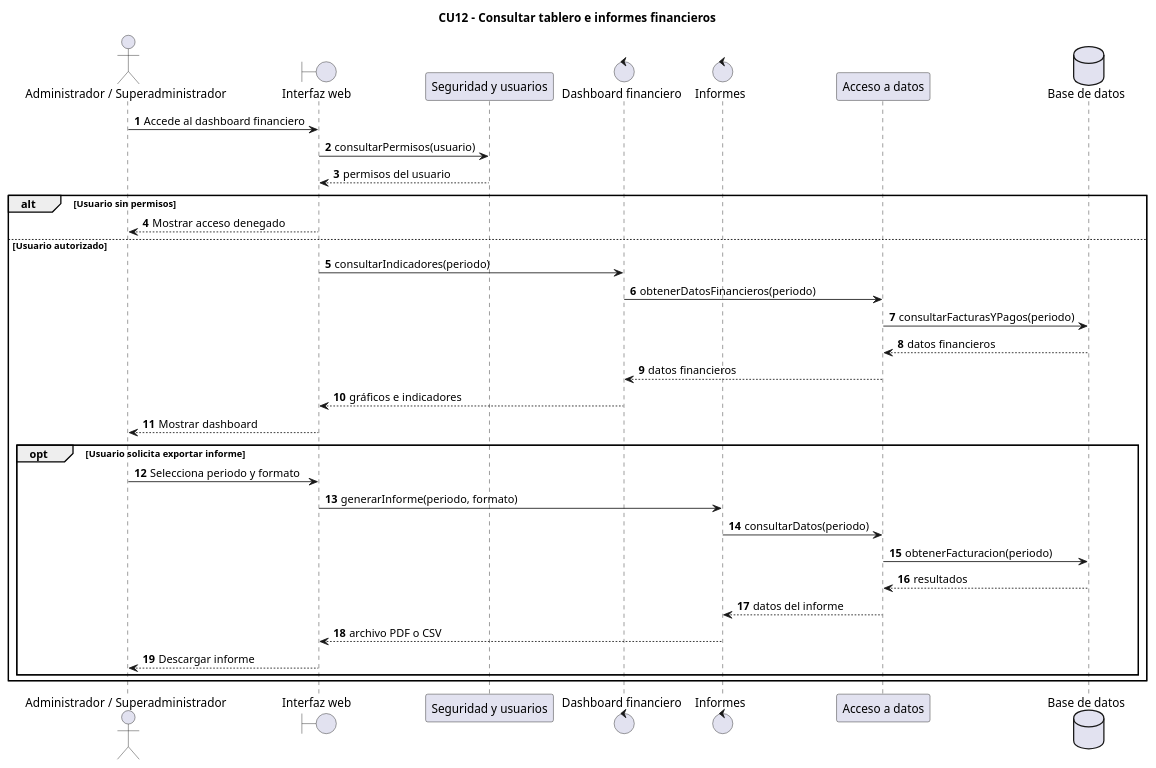
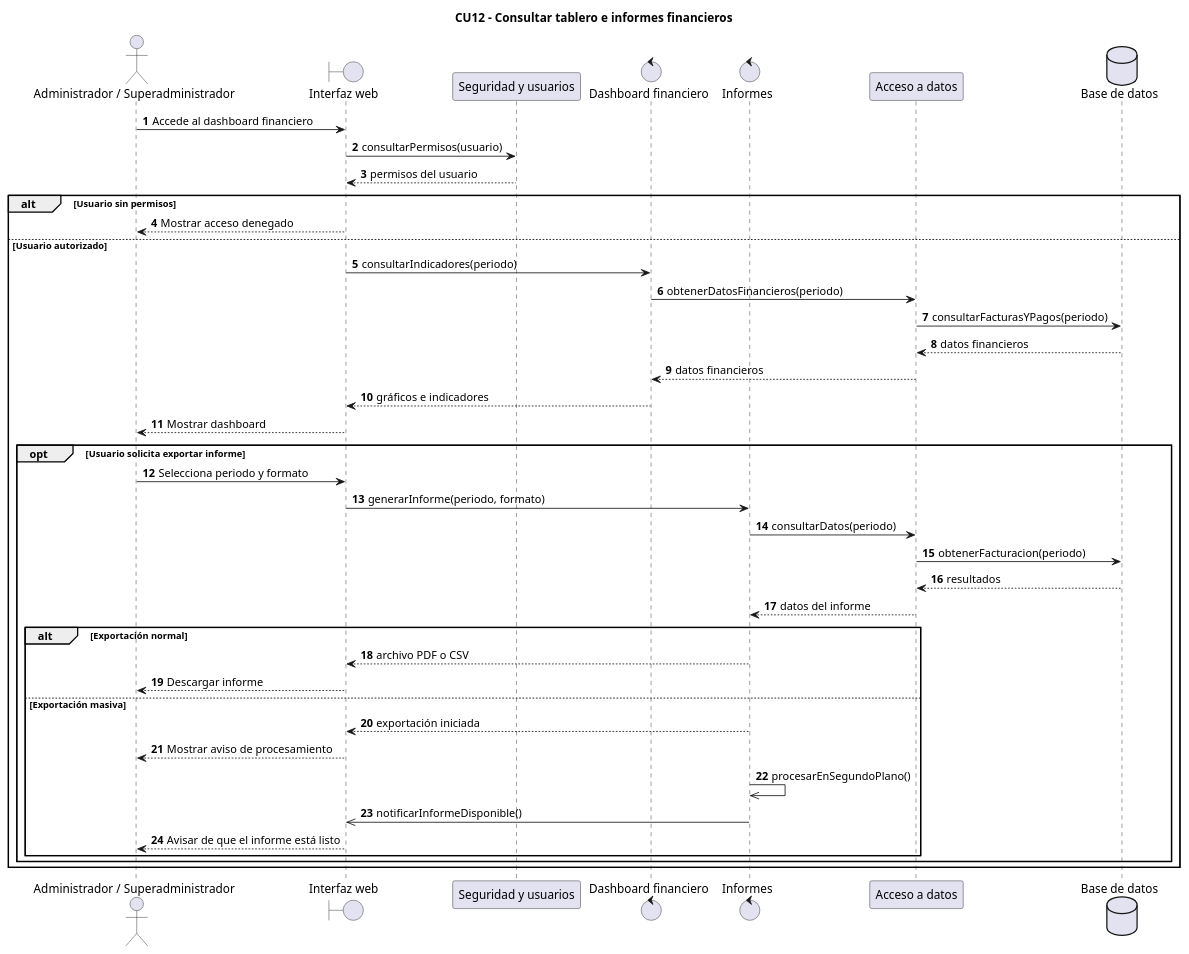
The diagram in Diagramas/DiagramasSecuencia/CU12/DiagramaSecuencia.puml (sandrardguezz/trabajo-ada), drawn with PlantUML before and after one commit. The commit also changed other lines of this file, not shown here.

Commit message:
Add export options for financial report diagram

```diff
--- a/Diagramas/DiagramasSecuencia/CU12/DiagramaSecuencia.puml
+++ b/Diagramas/DiagramasSecuencia/CU12/DiagramaSecuencia.puml
@@ -1,43 +2,55 @@
 @startuml
 autonumber
 
 title CU12 - Consultar tablero e informes financieros
 
 actor "Administrador / Superadministrador" as Usuario
 boundary "Interfaz web" as Web
 participant "Seguridad y usuarios" as Seguridad
 control "Dashboard financiero" as Dashboard
 control "Informes" as Informes
 participant "Acceso a datos" as Datos
 database "Base de datos" as BD
 
 Usuario -> Web : Accede al dashboard financiero
 Web -> Seguridad : consultarPermisos(usuario)
 Seguridad --> Web : permisos del usuario
 
 alt Usuario sin permisos
     Web --> Usuario : Mostrar acceso denegado
 
 else Usuario autorizado
     Web -> Dashboard : consultarIndicadores(periodo)
     Dashboard -> Datos : obtenerDatosFinancieros(periodo)
     Datos -> BD : consultarFacturasYPagos(periodo)
     BD --> Datos : datos financieros
     Datos --> Dashboard : datos financieros
 
     Dashboard --> Web : gráficos e indicadores
     Web --> Usuario : Mostrar dashboard
 
     opt Usuario solicita exportar informe
         Usuario -> Web : Selecciona periodo y formato
         Web -> Informes : generarInforme(periodo, formato)
+
         Informes -> Datos : consultarDatos(periodo)
         Datos -> BD : obtenerFacturacion(periodo)
         BD --> Datos : resultados
         Datos --> Informes : datos del informe
-        Informes --> Web : archivo PDF o CSV
-        Web --> Usuario : Descargar informe
+
+        alt Exportación normal
+            Informes --> Web : archivo PDF o CSV
+            Web --> Usuario : Descargar informe
+
+        else Exportación masiva
+            Informes --> Web : exportación iniciada
+            Web --> Usuario : Mostrar aviso de procesamiento
+
+            Informes ->> Informes : procesarEnSegundoPlano()
+            Informes ->> Web : notificarInformeDisponible()
+            Web --> Usuario : Avisar de que el informe está listo
+        end
     end
 end
 
 @enduml
```
